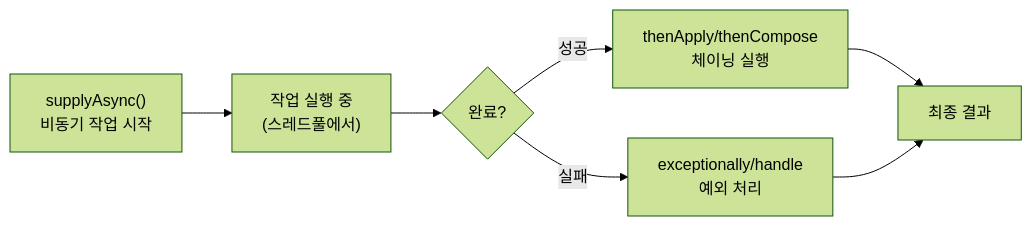
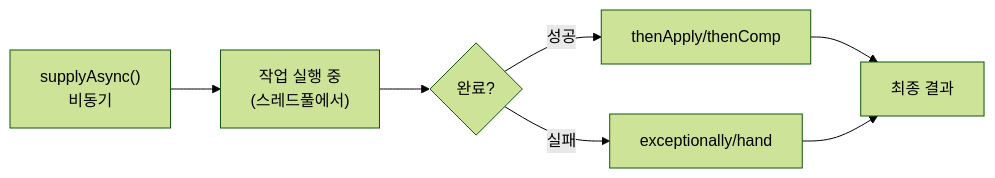
Before and after one commit to yjkim2015/yjkim2015.github.io: the first of 3 diagrams in _posts/java/2026-05-01-java-completablefuture.md, drawn with Mermaid (forest theme). The commit also changed other lines of this file and 271 other files, not shown here.

First line of the commit message:
Mermaid 라벨 축소: 긴 노드 텍스트 18자 이하로 트림 + \n 제거

````diff
--- a/_posts/java/2026-05-01-java-completablefuture.md
+++ b/_posts/java/2026-05-01-java-completablefuture.md
@@ -50,9 +50,9 @@
 ```mermaid
 flowchart LR
-    A["supplyAsync()\n비동기 작업 시작"] --> B["작업 실행 중\n(스레드풀에서)"]
+    A["supplyAsync()\n비동기"] --> B["작업 실행 중\n(스레드풀에서)"]
     B --> C{"완료?"}
-    C -->|"성공"| D["thenApply/thenCompose\n체이닝 실행"]
-    C -->|"실패"| E["exceptionally/handle\n예외 처리"]
+    C -->|"성공"| D["thenApply/thenComp"]
+    C -->|"실패"| E["exceptionally/hand"]
     D --> F["최종 결과"]
     E --> F
 ```
````
